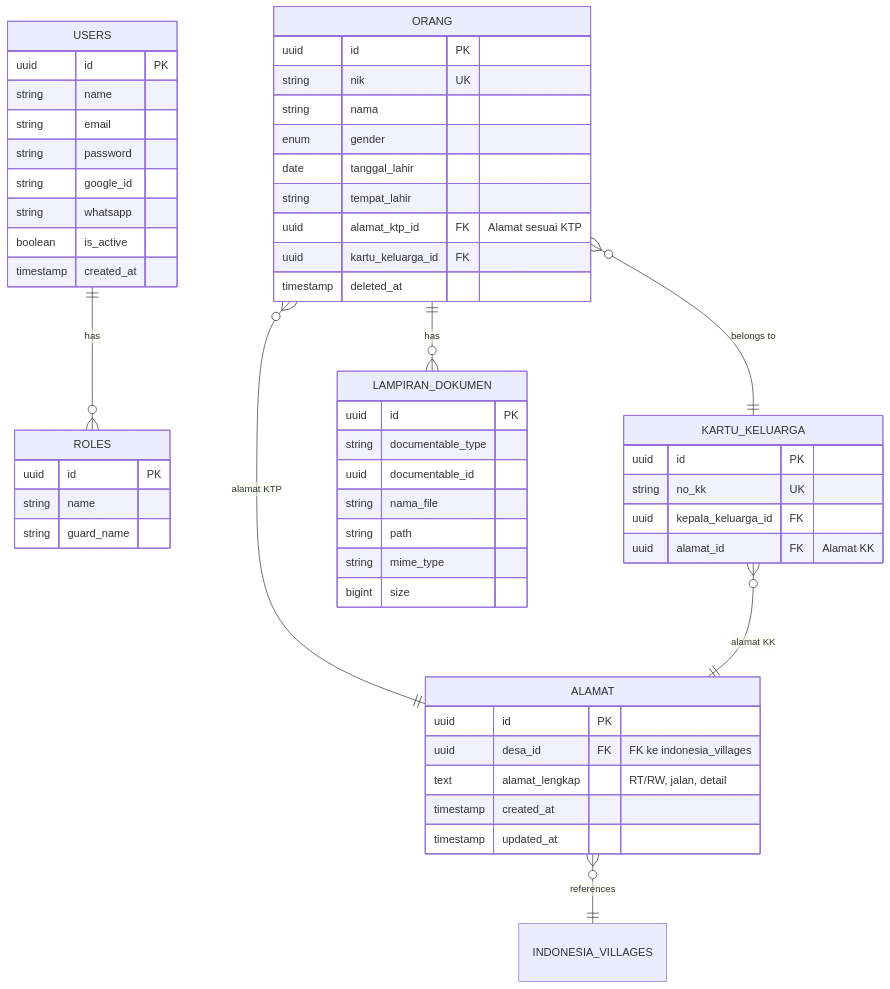
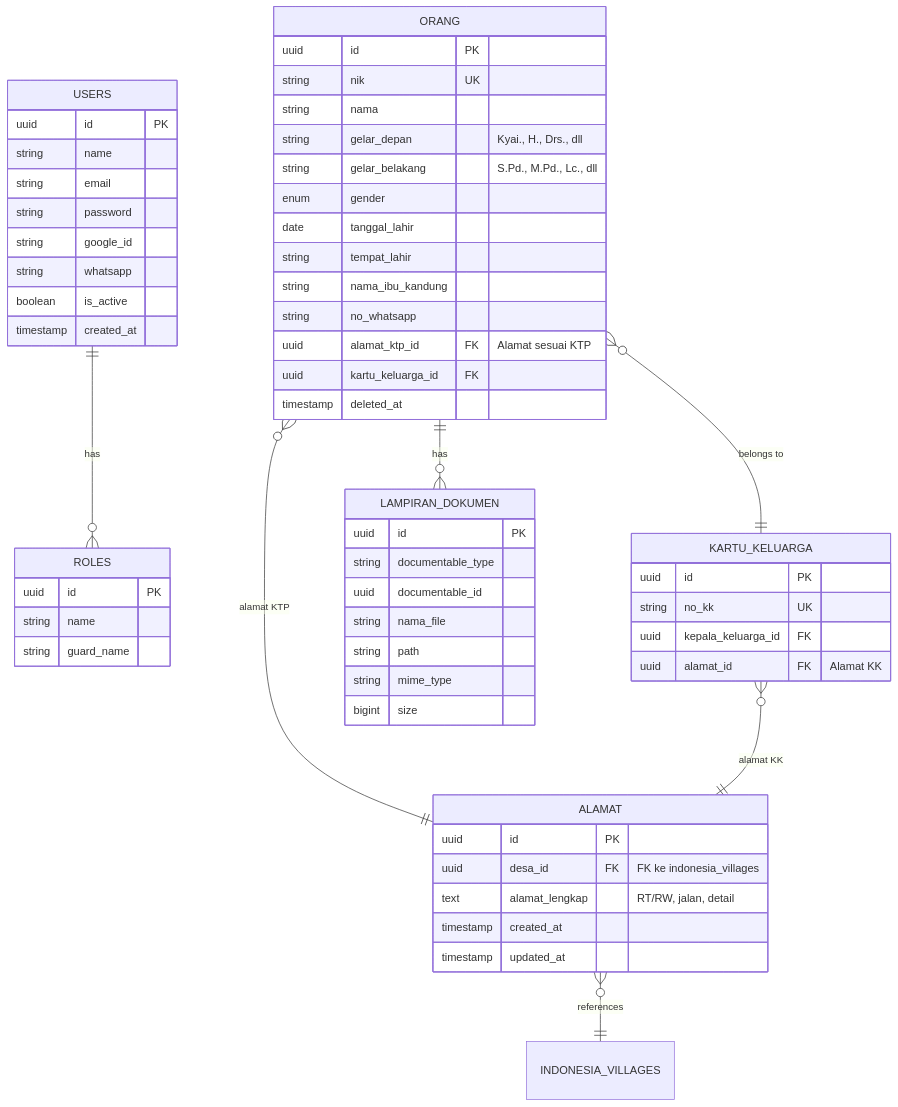
Before and after one commit to daarululuumlido/peduliku-v3: the diagram in docs/fase/fase-1-fondasi.md, drawn with Mermaid. The commit also changed 1 other file, not shown here.

Commit message:
✨ docs(fase): add person identity and employee HR fields
Adds additional identity fields (honorifics, mother's name, WhatsApp) to person documentation and enriches employee-role documentation with comprehensive HR attributes (start/TMT dates, residency status, teaching flag, biometric/NFC IDs, internal email, bank account, national teacher ID, optional resignation date).

Improves data completeness to support onboarding, attendance, payroll, access control, and internal communication workflows.

````diff
--- a/docs/fase/fase-1-fondasi.md
+++ b/docs/fase/fase-1-fondasi.md
@@ -57,63 +57,67 @@
 ```mermaid
 erDiagram
     USERS {
         uuid id PK
         string name
         string email
         string password
         string google_id
         string whatsapp
         boolean is_active
         timestamp created_at
     }
     
     ROLES {
         uuid id PK
         string name
         string guard_name
     }
     
     ALAMAT {
         uuid id PK
         uuid desa_id FK "FK ke indonesia_villages"
         text alamat_lengkap "RT/RW, jalan, detail"
         timestamp created_at
         timestamp updated_at
     }
     
     ORANG {
         uuid id PK
         string nik UK
         string nama
+        string gelar_depan "Kyai., H., Drs., dll"
+        string gelar_belakang "S.Pd., M.Pd., Lc., dll"
         enum gender
         date tanggal_lahir
         string tempat_lahir
+        string nama_ibu_kandung
+        string no_whatsapp
         uuid alamat_ktp_id FK "Alamat sesuai KTP"
         uuid kartu_keluarga_id FK
         timestamp deleted_at
     }
     
     KARTU_KELUARGA {
         uuid id PK
         string no_kk UK
         uuid kepala_keluarga_id FK
         uuid alamat_id FK "Alamat KK"
     }
     
     LAMPIRAN_DOKUMEN {
         uuid id PK
         string documentable_type
         uuid documentable_id
         string nama_file
         string path
         string mime_type
         bigint size
     }
     
     ALAMAT }o--|| INDONESIA_VILLAGES : "references"
     ORANG }o--|| ALAMAT : "alamat KTP"
     ORANG }o--|| KARTU_KELUARGA : "belongs to"
     KARTU_KELUARGA }o--|| ALAMAT : "alamat KK"
     ORANG ||--o{ LAMPIRAN_DOKUMEN : "has"
     USERS ||--o{ ROLES : "has"
 ```
````
